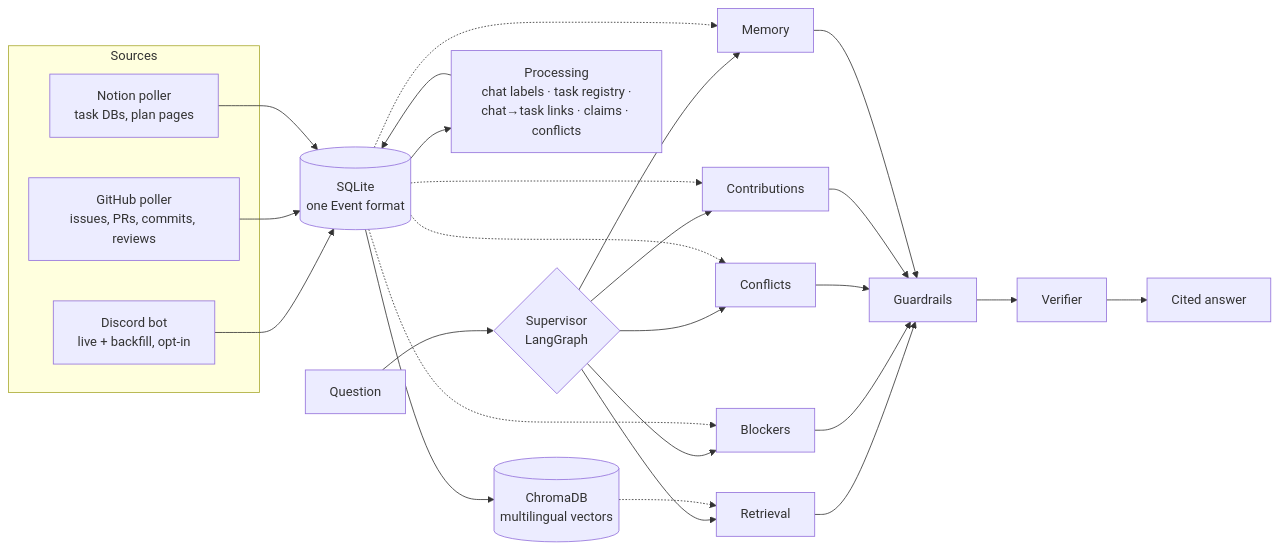
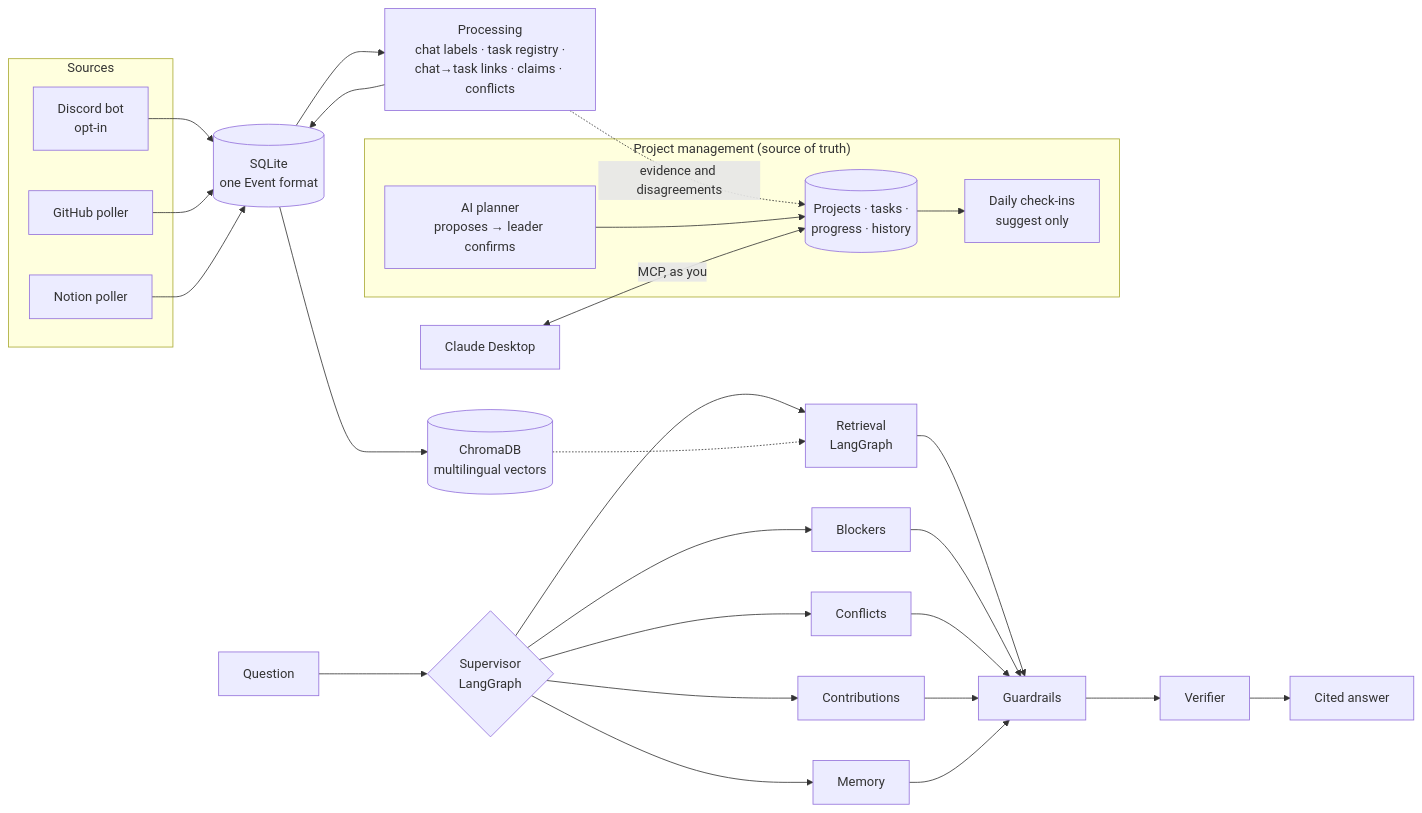
The diagram in README.md (Siddhi-Karhekar/Tracker), drawn with Mermaid before and after one commit. The commit also changed other lines of this file and 3 other files, not shown here.

````diff
--- a/README.md
+++ b/README.md
@@ -91,23 +89,29 @@
 ```mermaid
 flowchart LR
     subgraph Sources
-        D[Discord bot<br/>live + backfill, opt-in]
-        G[GitHub poller<br/>issues, PRs, commits, reviews]
-        N[Notion poller<br/>task DBs, plan pages]
+        D[Discord bot<br/>opt-in]
+        G[GitHub poller]
+        N[Notion poller]
     end
     D & G & N --> E[(SQLite<br/>one Event format)]
     E --> I[(ChromaDB<br/>multilingual vectors)]
     E --> P[Processing<br/>chat labels · task registry ·<br/>chat→task links · claims · conflicts]
     P --> E
+    subgraph Plan["Project management (source of truth)"]
+        PM[(Projects · tasks ·<br/>progress · history)]
+        AIP[AI planner<br/>proposes → leader confirms]
+        MON[Daily check-ins<br/>suggest only]
+    end
+    P -. evidence and disagreements .-> PM
+    AIP --> PM
+    PM --> MON
     Q[Question] --> S{Supervisor<br/>LangGraph}
-    S --> R[Retrieval]
+    S --> R[Retrieval<br/>LangGraph]
     S --> B[Blockers]
     S --> X[Conflicts]
     S --> C[Contributions]
     S --> M[Memory]
-    R & B & X & C & M --> GR[Guardrails]
-    GR --> V[Verifier]
-    V --> A[Cited answer]
+    R & B & X & C & M --> GR[Guardrails] --> V[Verifier] --> A[Cited answer]
     I -.-> R
-    E -.-> B & X & C & M
+    CD[Claude Desktop] <-->|MCP, as you| PM
 ```
````
